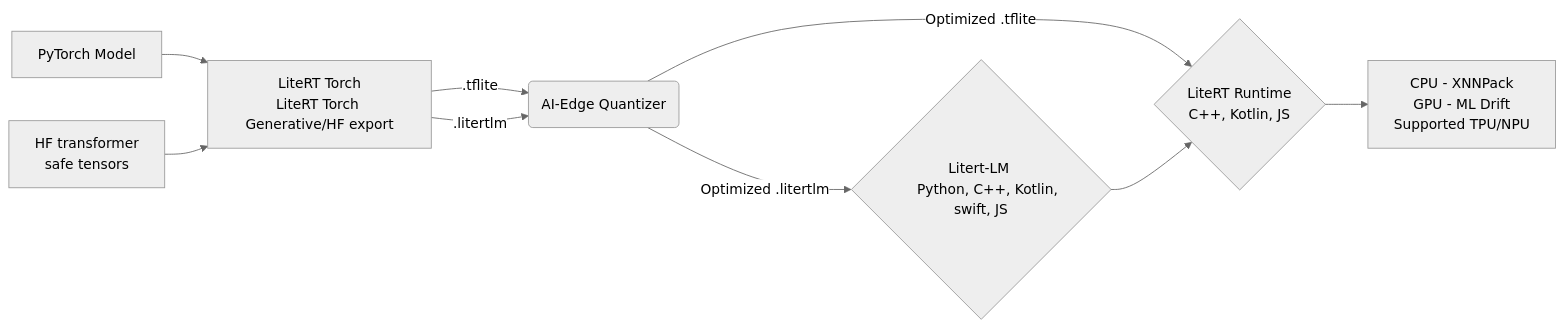
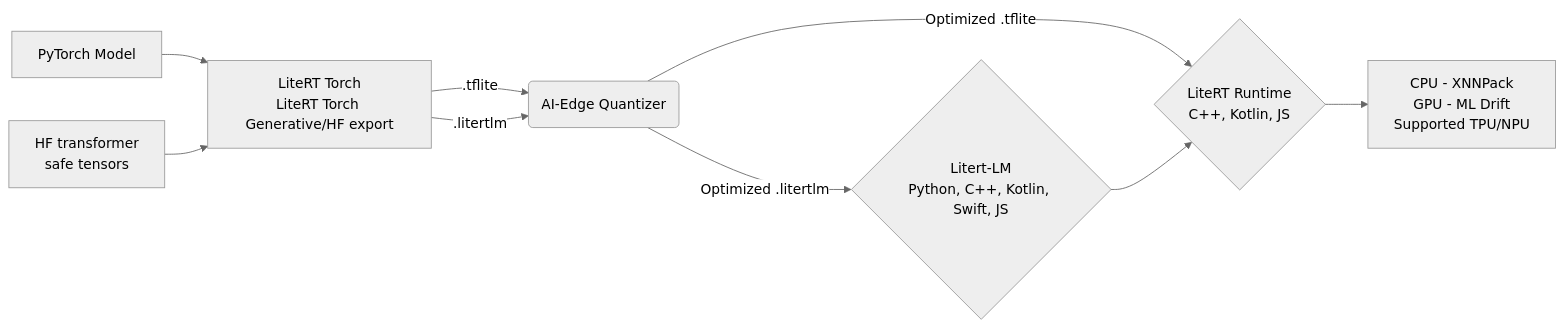
The diagram in README.md (google-ai-edge/LiteRT), drawn with Mermaid (neutral theme) before and after one commit. The commit also changed other lines of this file, not shown here.

````diff
--- a/README.md
+++ b/README.md
@@ -41,12 +62,8 @@
 ```mermaid
 graph LR
-    A[PyTorch Model] --> B[LiteRT Torch
-LiteRT Torch Generative/HF export] 
-    a[HF transformer 
-    safe tensors] --> B
-    B -->|.tflite| F(AI-Edge Quantizer) --> |Optimized  .tflite| I
-    B -->|.litertlm|F --> |Optimized .litertlm| H{Litert-LM 
-    Python, C++, Kotlin, swift, JS} --> I{LiteRT Runtime 
-    C++, Kotlin, JS}
-    I --> J[CPU - XNNPack <br> GPU - ML Drift <br> Supported TPU/NPU]
+    A[PyTorch Model] --> B[LiteRT Torch<br>LiteRT Torch Generative/HF export]
+    a[HF transformer<br>safe tensors] --> B
+    B -->|.tflite| F(AI-Edge Quantizer) -->|Optimized .tflite| I
+    B -->|.litertlm| F -->|Optimized .litertlm| H{Litert-LM<br>Python, C++, Kotlin, Swift, JS} --> I{LiteRT Runtime<br>C++, Kotlin, JS}
+    I --> J[CPU - XNNPack<br>GPU - ML Drift<br>Supported TPU/NPU]
 ```
````
